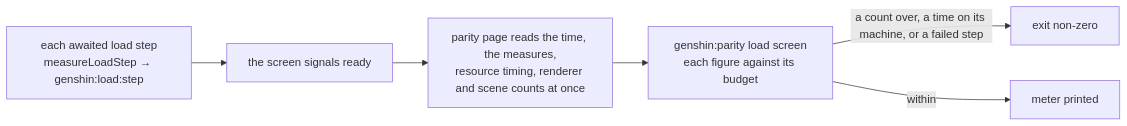
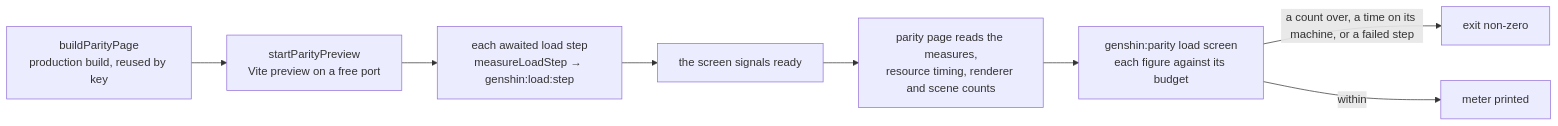
Before and after one commit to Esposter/Esposter: the diagram in apps/web/content/docs/genshin/load-budget.md, drawn with Mermaid. The commit also changed other lines of this file and 1 other file, not shown here.

First line of the commit message:
docs(genshin): the load budget is measured on a production build of the parity page, with the new budgets table, and the proposal's next trim is chosen by the production terrain measure

````diff
--- a/apps/web/content/docs/genshin/load-budget.md
+++ b/apps/web/content/docs/genshin/load-budget.md
@@ -44,8 +46,10 @@
 ```mermaid
 flowchart LR
-  STEP["each awaited load step<br/>measureLoadStep → genshin:load:step"] --> READY["the screen signals ready"]
-  READY --> READ["parity page reads the time, the measures,<br/>resource timing, renderer and scene counts at once"]
+  BUILD["buildParityPage<br/>production build, reused by key"] --> PREVIEW["startParityPreview<br/>Vite preview on a free port"]
+  PREVIEW --> STEP["each awaited load step<br/>measureLoadStep → genshin:load:step"]
+  STEP --> READY["the screen signals ready"]
+  READY --> READ["parity page reads the measures,<br/>resource timing, renderer and scene counts"]
   READ --> METER["genshin:parity load screen<br/>each figure against its budget"]
   METER -->|a count over, a time on its machine, or a failed step| FAIL["exit non-zero"]
   METER -->|within| PASS["meter printed"]
 ```
````
